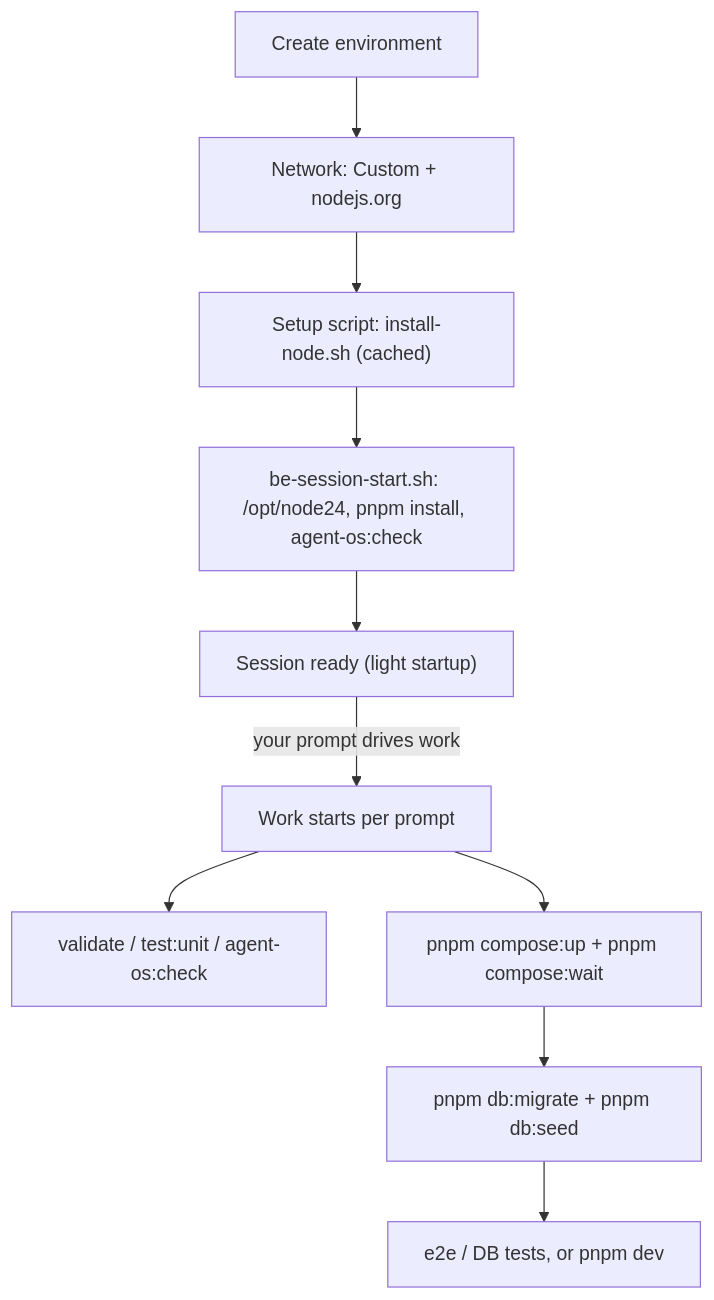
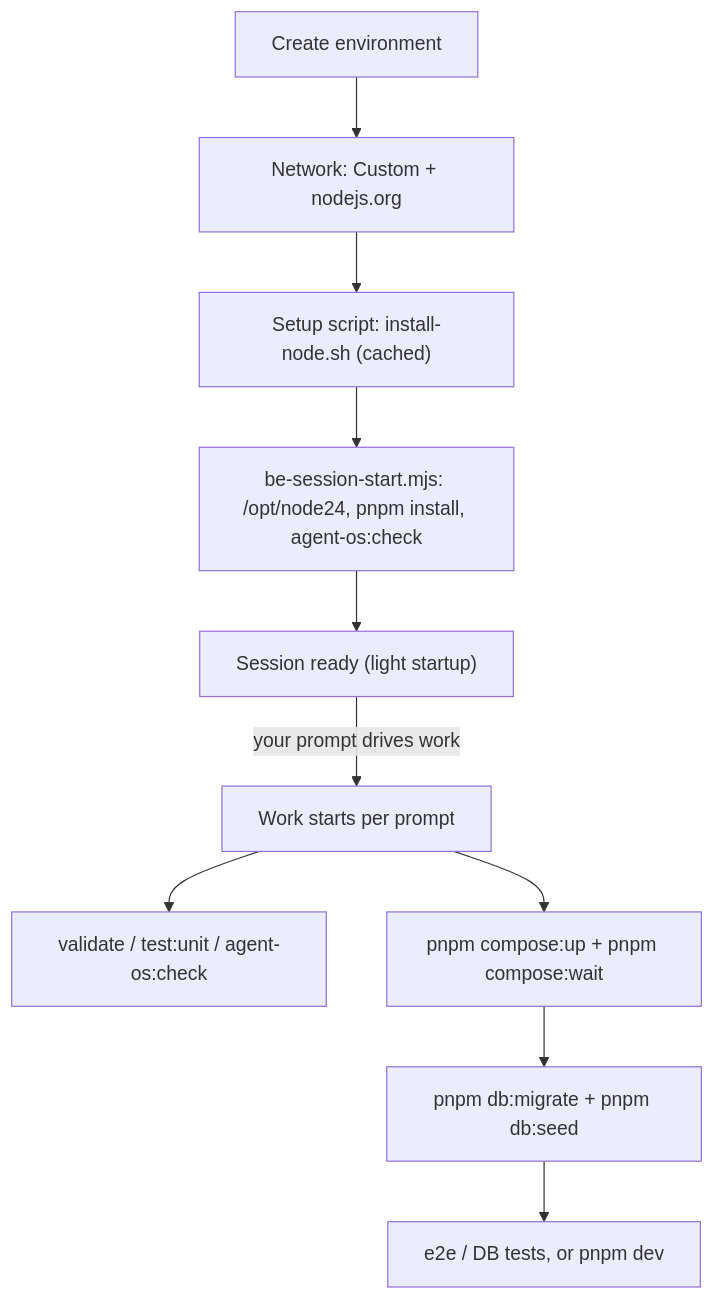
One commit to albetrios/clinozy-be changed the diagram in docs/integrations/claude-code-web-environment.md. Above: the diagram before and after it, drawn with Mermaid. The commit also changed other lines of this file and 52 other files, not shown here.

````diff
--- a/docs/integrations/claude-code-web-environment.md
+++ b/docs/integrations/claude-code-web-environment.md
@@ -271,12 +271,12 @@
 ```mermaid
 flowchart TD
   create["Create environment"] --> net["Network: Custom + nodejs.org"]
   net --> setupScript["Setup script: install-node.sh (cached)"]
-  setupScript --> hook["be-session-start.sh: /opt/node24, pnpm install, agent-os:check"]
+  setupScript --> hook["be-session-start.mjs: /opt/node24, pnpm install, agent-os:check"]
   hook --> ready["Session ready (light startup)"]
   ready -->|"your prompt drives work"| prompt["Work starts per prompt"]
   prompt --> staticChecks["validate / test:unit / agent-os:check"]
   prompt --> services["pnpm compose:up + pnpm compose:wait"]
   services --> migrate["pnpm db:migrate + pnpm db:seed"]
   migrate --> dbWork["e2e / DB tests, or pnpm dev"]
 ```
````
